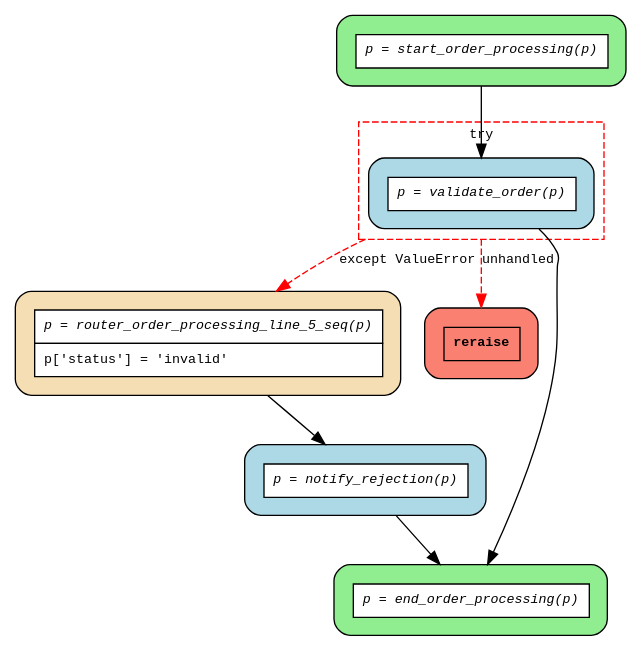
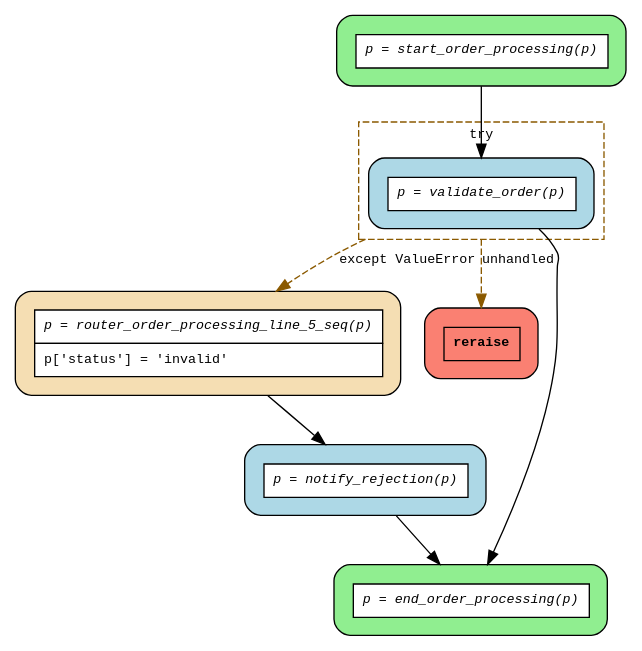
Before and after one commit to deliveryhero/asya: the diagram in examples/flows/compiled/try_except_simple/flow.dot, drawn with Graphviz. The commit also changed 9 other files, not shown here.

```diff
--- a/examples/flows/compiled/try_except_simple/flow.dot
+++ b/examples/flows/compiled/try_except_simple/flow.dot
@@ -1,28 +1,28 @@
 digraph flow {
   rankdir=TB;
   compound=true;
   graph [fontname="Courier", fontsize=10];
   node [fontname="Courier", fontsize=10, shape=box, style="filled,rounded", margin="0.2"];
   edge [fontname="Courier", fontsize=10];
 
   start_order_processing [fillcolor="lightgreen", label=<<table border="0" cellspacing="0" cellpadding="6" cellborder="1"><tr><td bgcolor="white" align="center"><i>p = start_order_processing(p)</i></td></tr></table>>];
   router_order_processing_line_5_seq [fillcolor="wheat", label=<<table border="0" cellspacing="0" cellpadding="6" cellborder="1"><tr><td bgcolor="white" align="center"><i>p = router_order_processing_line_5_seq(p)</i></td></tr><tr><td bgcolor="white" align="left">p['status'] = 'invalid'</td></tr></table>>];
   router_order_processing_line_2_reraise_0 [fillcolor="salmon", label=<<table border="0" cellspacing="0" cellpadding="6" cellborder="1"><tr><td bgcolor="salmon"><b>reraise</b></td></tr></table>>];
   end_order_processing [fillcolor="lightgreen", label=<<table border="0" cellspacing="0" cellpadding="6" cellborder="1"><tr><td bgcolor="white" align="center"><i>p = end_order_processing(p)</i></td></tr></table>>];
   notify_rejection [fillcolor="lightblue", label=<<table border="0" cellspacing="0" cellpadding="6" cellborder="1"><tr><td bgcolor="white" align="center"><i>p = notify_rejection(p)</i></td></tr></table>>];
   subgraph cluster_try_0 {
     style=dashed;
-    color="red";
+    color="orange4";
     fontname="Courier";
     fontsize=10;
     label="try";
     validate_order [fillcolor="lightblue", label=<<table border="0" cellspacing="0" cellpadding="6" cellborder="1"><tr><td bgcolor="white" align="center"><i>p = validate_order(p)</i></td></tr></table>>];
   }
 
   notify_rejection -> end_order_processing;
   router_order_processing_line_5_seq -> notify_rejection;
   start_order_processing -> validate_order;
   validate_order -> end_order_processing;
-  validate_order -> router_order_processing_line_2_reraise_0 [ltail=cluster_try_0, color=red, style=dashed, label="unhandled"];
-  validate_order -> router_order_processing_line_5_seq [ltail=cluster_try_0, color=red, style=dashed, label="except ValueError"];
+  validate_order -> router_order_processing_line_2_reraise_0 [ltail=cluster_try_0, color=orange4, style=dashed, label="unhandled"];
+  validate_order -> router_order_processing_line_5_seq [ltail=cluster_try_0, color=orange4, style=dashed, label="except ValueError"];
 }
```
